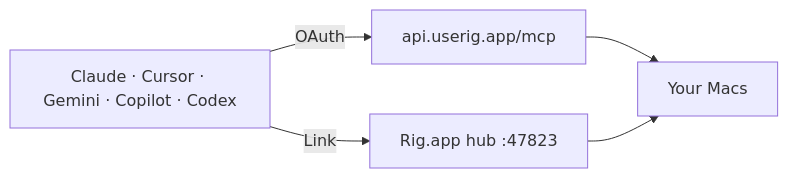
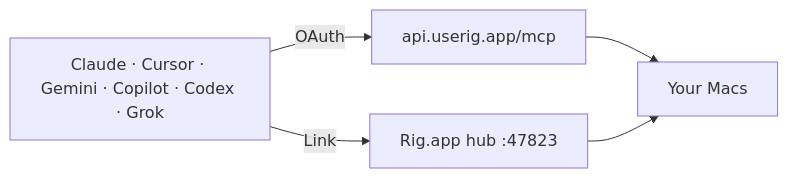
Before and after one commit to Rig-local/rig-plugin: the diagram in README.md, drawn with Mermaid. The commit also changed other lines of this file and 13 other files, not shown here.

````diff
--- a/README.md
+++ b/README.md
@@ -37,7 +52,7 @@
 ```mermaid
 flowchart LR
-  A[Claude · Cursor · Gemini · Copilot · Codex] -->|OAuth| C[api.userig.app/mcp]
+  A[Claude · Cursor · Gemini · Copilot · Codex · Grok] -->|OAuth| C[api.userig.app/mcp]
   A -->|Link| H[Rig.app hub :47823]
   C --> M[Your Macs]
   H --> M
 ```
````
